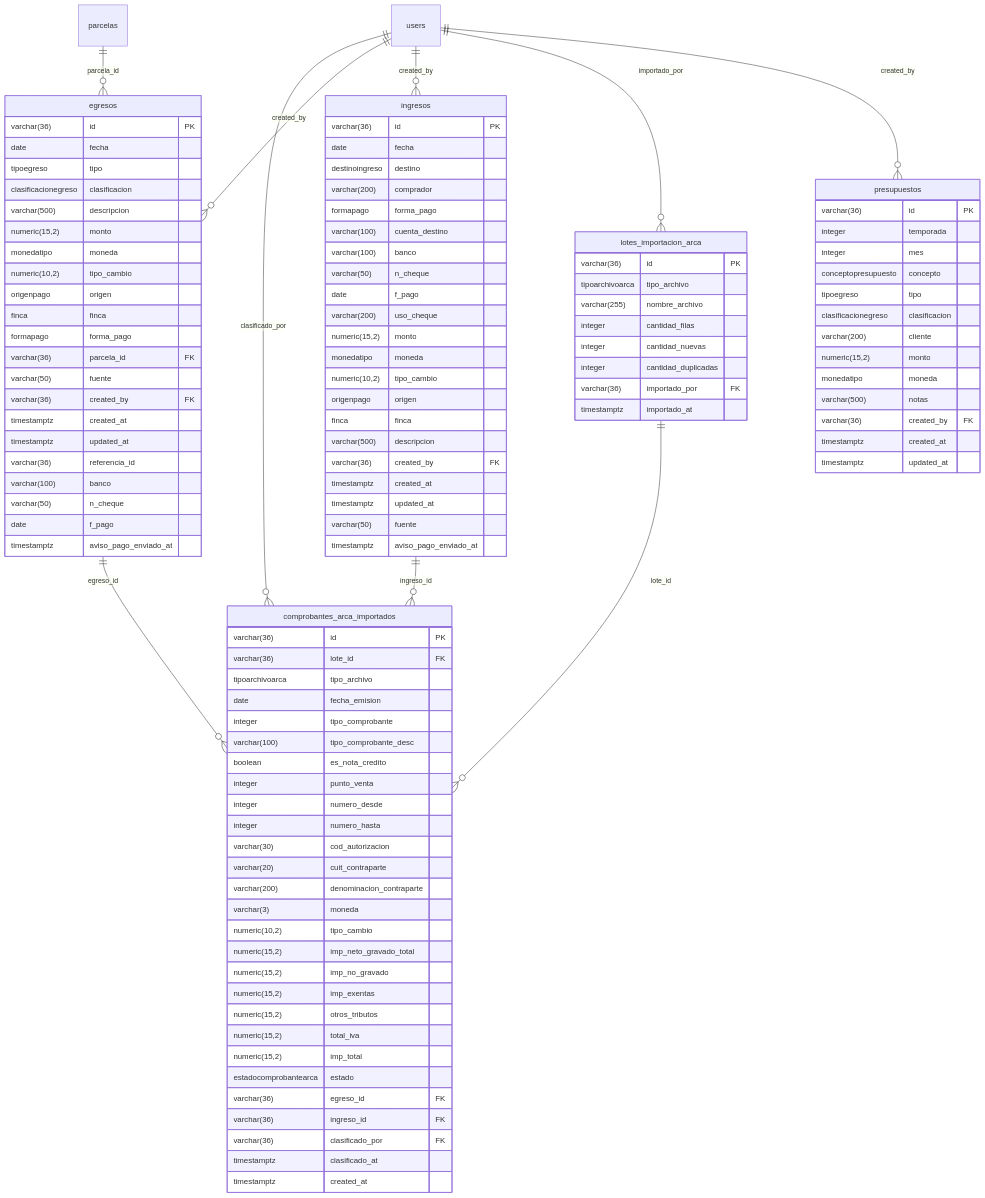
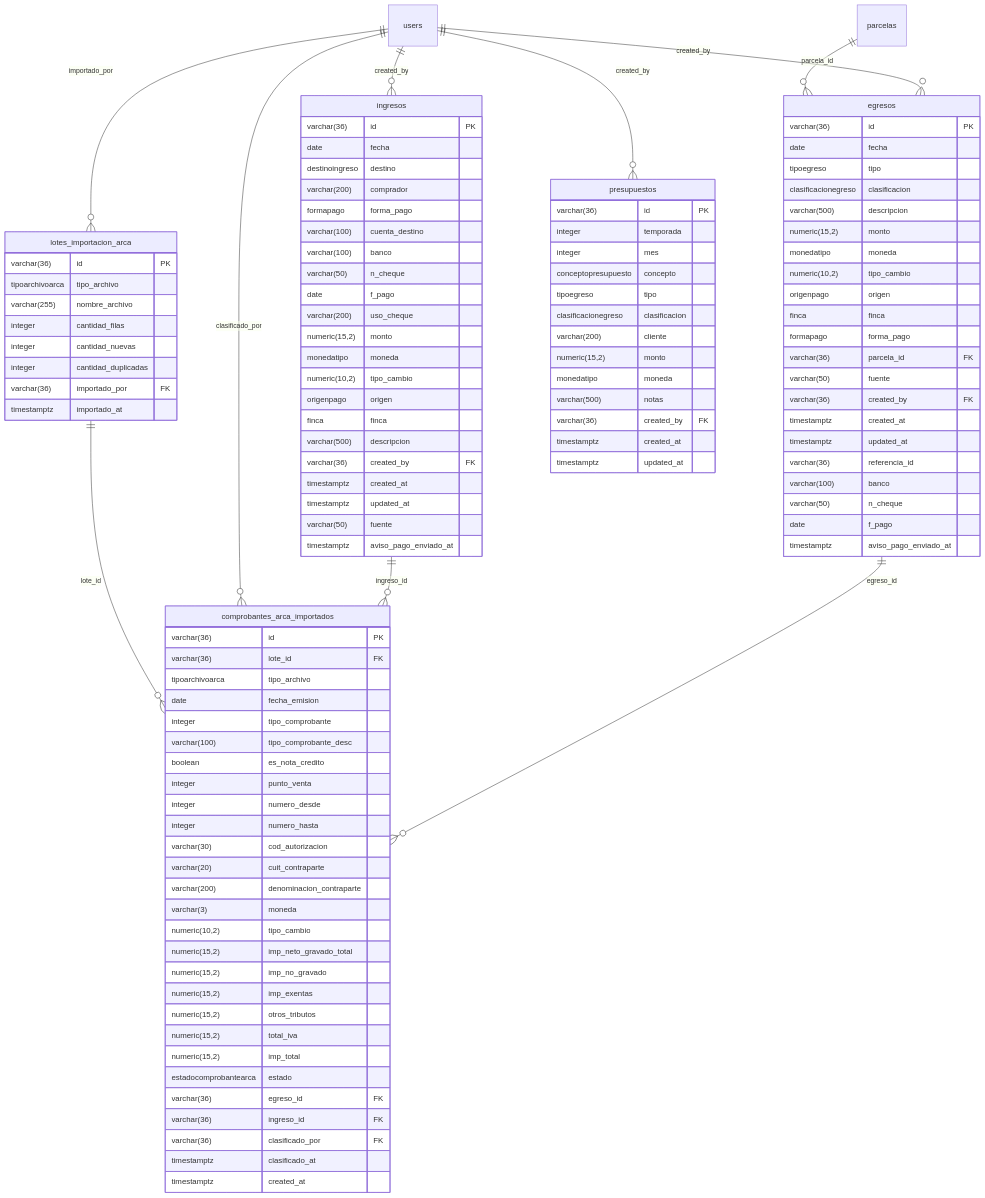
One commit to FaustoYanzon/Proyecto-Gestion-Los-Lirios- changed the sixth of 10 diagrams in docs/sistema/Modelo de Datos.md. Above: the diagram before and after it, drawn with Mermaid. The commit also changed other lines of this file and 4 other files, not shown here.

````diff
--- a/docs/sistema/Modelo de Datos.md
+++ b/docs/sistema/Modelo de Datos.md
@@ -1039,9 +1096,9 @@
 ```mermaid
 erDiagram
+    lotes_importacion_arca ||--o{ comprobantes_arca_importados : "lote_id"
+    users ||--o{ comprobantes_arca_importados : "clasificado_por"
     ingresos ||--o{ comprobantes_arca_importados : "ingreso_id"
-    lotes_importacion_arca ||--o{ comprobantes_arca_importados : "lote_id"
     egresos ||--o{ comprobantes_arca_importados : "egreso_id"
-    users ||--o{ comprobantes_arca_importados : "clasificado_por"
     parcelas ||--o{ egresos : "parcela_id"
     users ||--o{ egresos : "created_by"
     users ||--o{ ingresos : "created_by"
````
